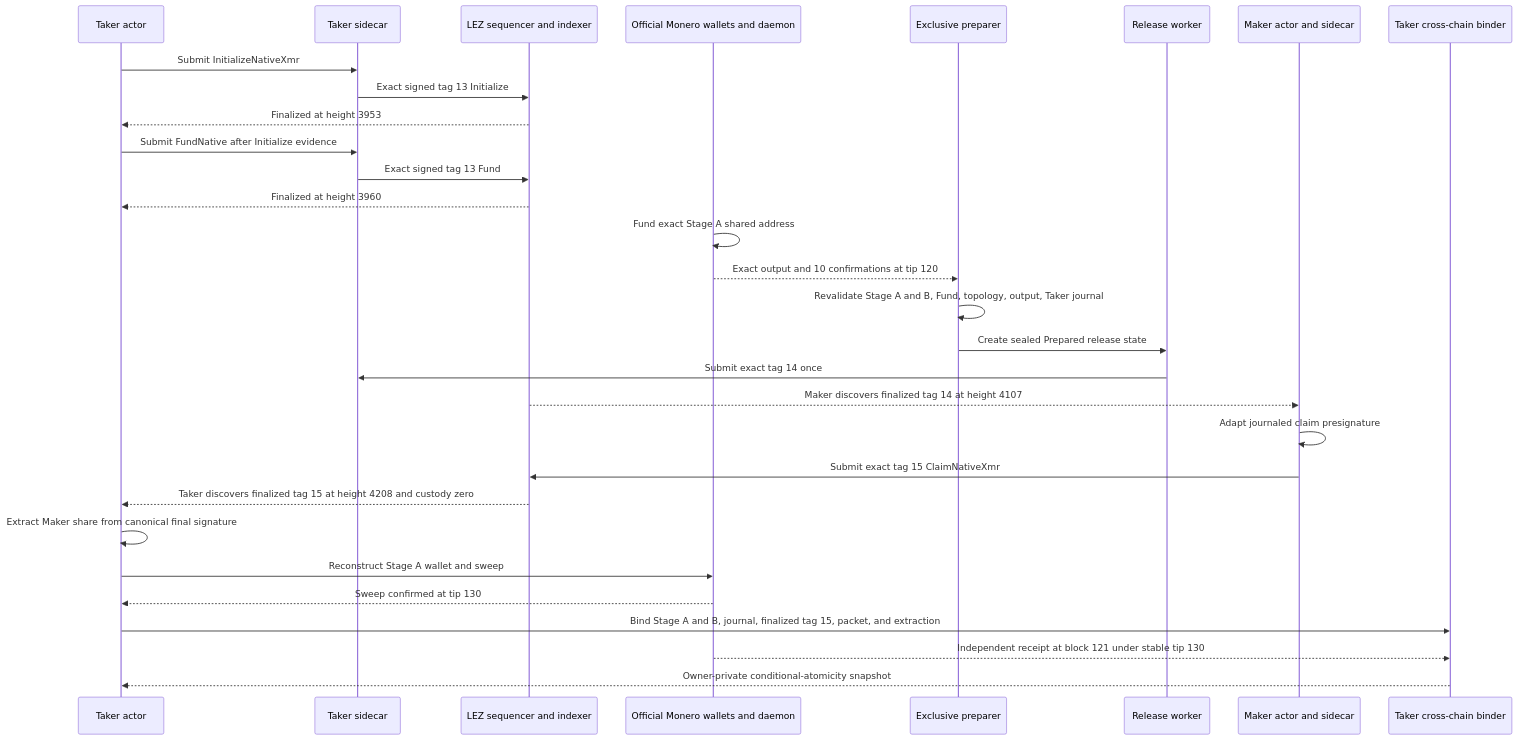
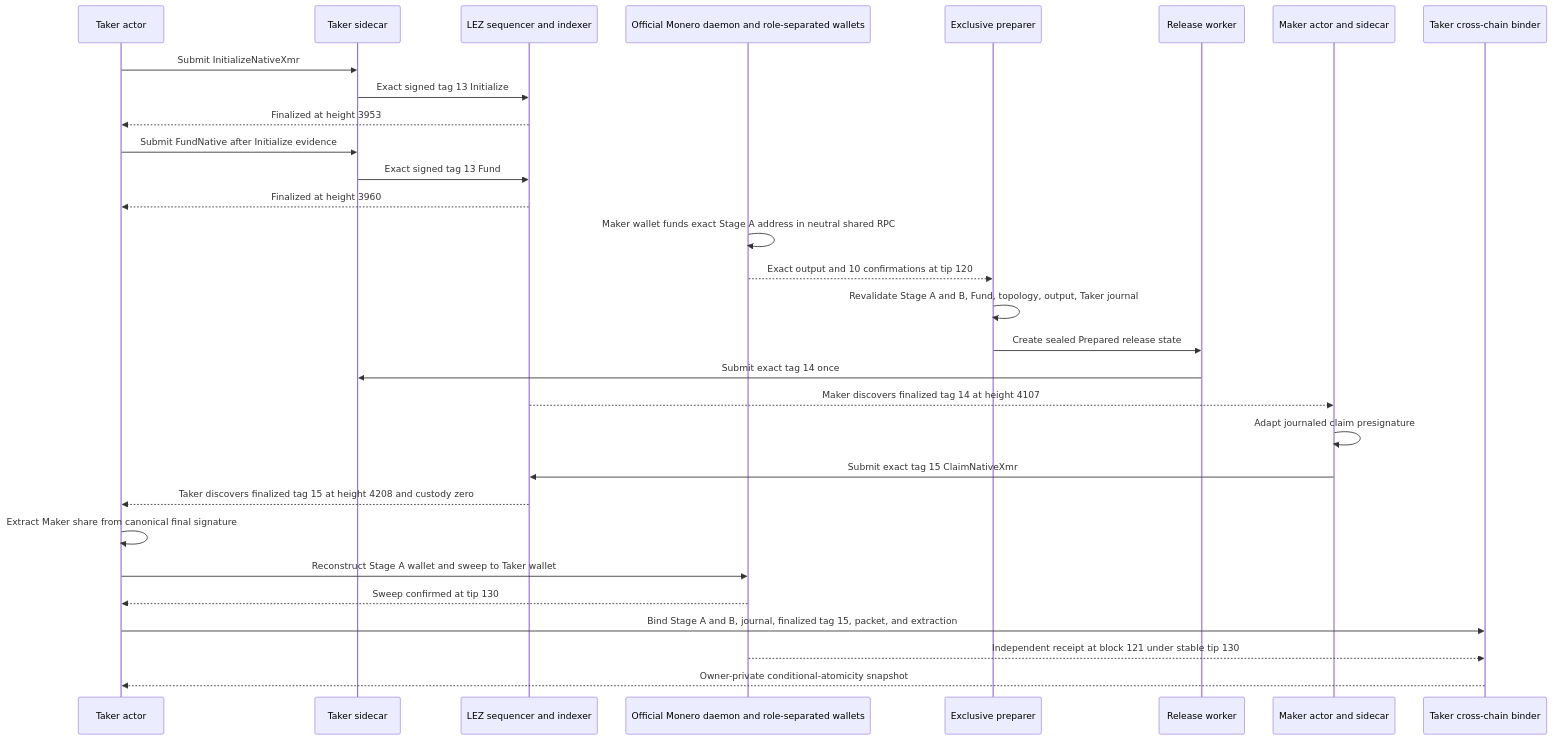
One commit to gateway-fm/lez-atomic-swaps changed the fourth of 20 diagrams in docs/architecture/deployment-components-and-rpcs.md. Above: the diagram before and after it, drawn with Mermaid. The commit also changed other lines of this file and 17 other files, not shown here.

````diff
--- a/docs/architecture/deployment-components-and-rpcs.md
+++ b/docs/architecture/deployment-components-and-rpcs.md
@@ -333,33 +334,33 @@
 ```mermaid
 sequenceDiagram
     participant T as Taker actor
     participant TS as Taker sidecar
     participant L as LEZ sequencer and indexer
-    participant MW as Official Monero wallets and daemon
+    participant MW as Official Monero daemon and role-separated wallets
     participant P as Exclusive preparer
     participant W as Release worker
     participant M as Maker actor and sidecar
     participant B as Taker cross-chain binder
 
     T->>TS: Submit InitializeNativeXmr
     TS->>L: Exact signed tag 13 Initialize
     L-->>T: Finalized at height 3953
     T->>TS: Submit FundNative after Initialize evidence
     TS->>L: Exact signed tag 13 Fund
     L-->>T: Finalized at height 3960
-    MW->>MW: Fund exact Stage A shared address
+    MW->>MW: Maker wallet funds exact Stage A address in neutral shared RPC
     MW-->>P: Exact output and 10 confirmations at tip 120
     P->>P: Revalidate Stage A and B, Fund, topology, output, Taker journal
     P->>W: Create sealed Prepared release state
     W->>TS: Submit exact tag 14 once
     L-->>M: Maker discovers finalized tag 14 at height 4107
     M->>M: Adapt journaled claim presignature
     M->>L: Submit exact tag 15 ClaimNativeXmr
     L-->>T: Taker discovers finalized tag 15 at height 4208 and custody zero
     T->>T: Extract Maker share from canonical final signature
-    T->>MW: Reconstruct Stage A wallet and sweep
+    T->>MW: Reconstruct Stage A wallet and sweep to Taker wallet
     MW-->>T: Sweep confirmed at tip 130
     T->>B: Bind Stage A and B, journal, finalized tag 15, packet, and extraction
     MW-->>B: Independent receipt at block 121 under stable tip 130
     B-->>T: Owner-private conditional-atomicity snapshot
 ```
````
